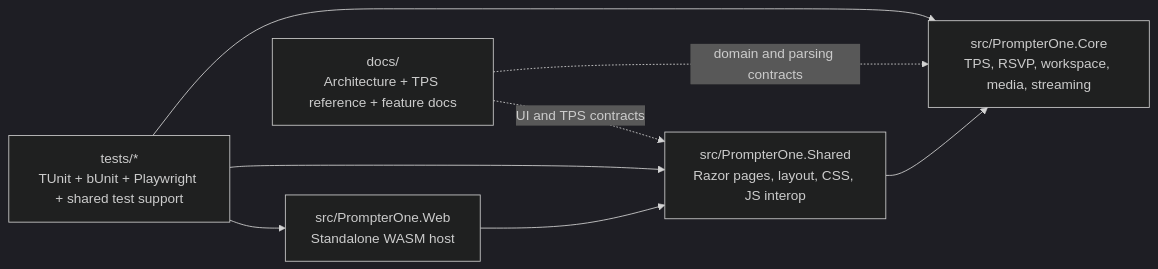
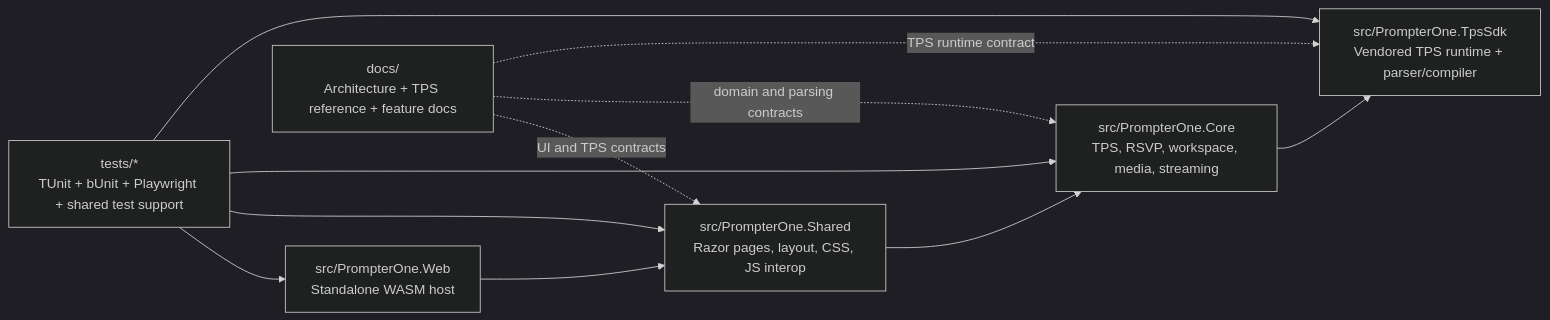
Before and after one commit to managedcode/PrompterOne: the first of 14 diagrams in docs/Architecture.md, drawn with Mermaid (dark theme). The commit also changed other lines of this file and 24 other files, not shown here.

````diff
--- a/docs/Architecture.md
+++ b/docs/Architecture.md
@@ -47,16 +47,20 @@
 ```mermaid
 flowchart LR
     App["src/PrompterOne.Web<br/>Standalone WASM host"]
     Shared["src/PrompterOne.Shared<br/>Razor pages, layout, CSS, JS interop"]
     Core["src/PrompterOne.Core<br/>TPS, RSVP, workspace, media, streaming"]
+    TpsSdk["src/PrompterOne.TpsSdk<br/>Vendored TPS runtime + parser/compiler"]
     Docs["docs/<br/>Architecture + TPS reference + feature docs"]
     Tests["tests/*<br/>TUnit + bUnit + Playwright + shared test support"]
 
     App --> Shared
     Shared --> Core
+    Core --> TpsSdk
     Docs -. UI and TPS contracts .-> Shared
     Docs -. domain and parsing contracts .-> Core
+    Docs -. TPS runtime contract .-> TpsSdk
     Tests --> App
     Tests --> Shared
     Tests --> Core
+    Tests --> TpsSdk
 ```
````
